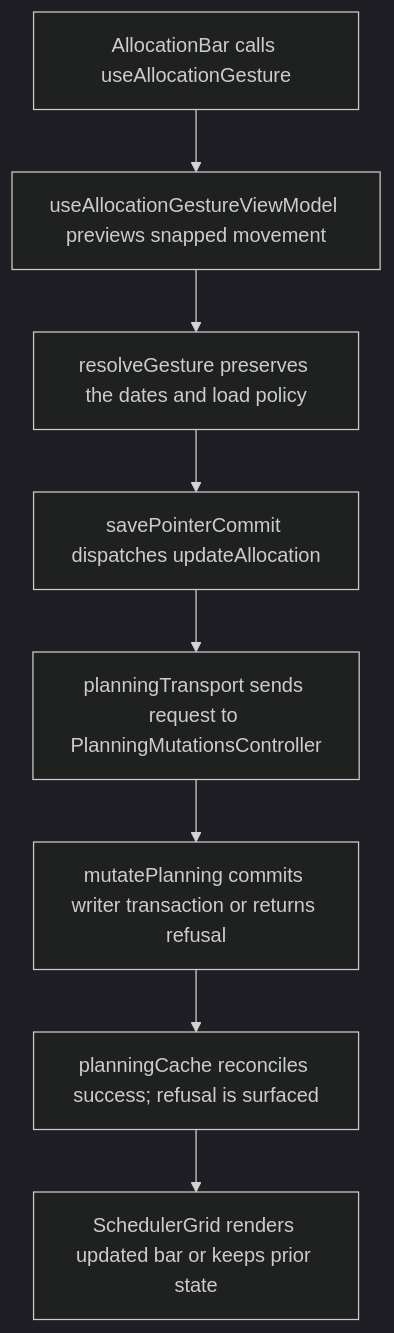
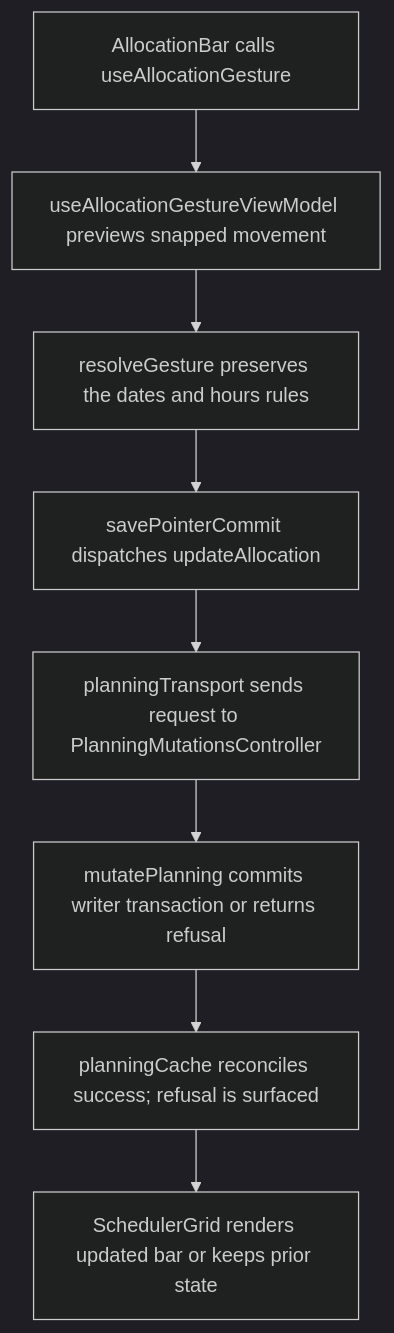
Before and after one commit to Kevinjohn/capacitylens: the second of 2 diagrams in user-stories/scheduler/US-SCH-04-move-drag.md, drawn with Mermaid (dark theme). The commit also changed other lines of this file and 285 other files, not shown here.

````diff
--- a/user-stories/scheduler/US-SCH-04-move-drag.md
+++ b/user-stories/scheduler/US-SCH-04-move-drag.md
@@ -33,10 +33,10 @@
 ```mermaid
 flowchart TD
   A["AllocationBar calls useAllocationGesture"] --> B["useAllocationGestureViewModel previews snapped movement"]
-  B --> C["resolveGesture preserves the dates and load policy"]
+  B --> C["resolveGesture preserves the dates and hours rules"]
   C --> D["savePointerCommit dispatches updateAllocation"]
   D --> E["planningTransport sends request to PlanningMutationsController"]
   E --> F["mutatePlanning commits writer transaction or returns refusal"]
   F --> G["planningCache reconciles success; refusal is surfaced"]
   G --> H["SchedulerGrid renders updated bar or keeps prior state"]
 ```
````
